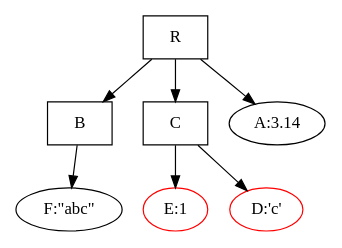
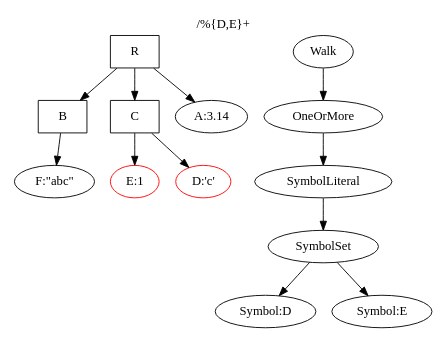
Before and after one commit to zippy/ceptr: the diagram in doxy/dot/ex2.dot, drawn with Graphviz. The commit also changed 3 other files, not shown here.

Commit message:
updated doxygen semtrex files and dot graphs

```diff
--- a/doxy/dot/ex2.dot
+++ b/doxy/dot/ex2.dot
@@ -1,14 +1,20 @@
 digraph G {
- size="3,3";
+ label="/%{D,E}+";
+ labelloc=top;
+
+ size="4,3";
  R [shape=box];
  B [shape=box];
  C [shape=box];
  R -> "A:3.14";
-"E:1" [color=red];
-"D:'c'" [color=red];
+ "E:1" [color=red];
+ "D:'c'" [color=red];
  R -> B;
  R -> C;
  C -> "D:'c'";
  C -> "E:1";
  B -> "F:\"abc\"";
- }
+
+ Walk->OneOrMore->SymbolLiteral->SymbolSet->"Symbol:D"
+ SymbolSet->"Symbol:E"
+}
```
